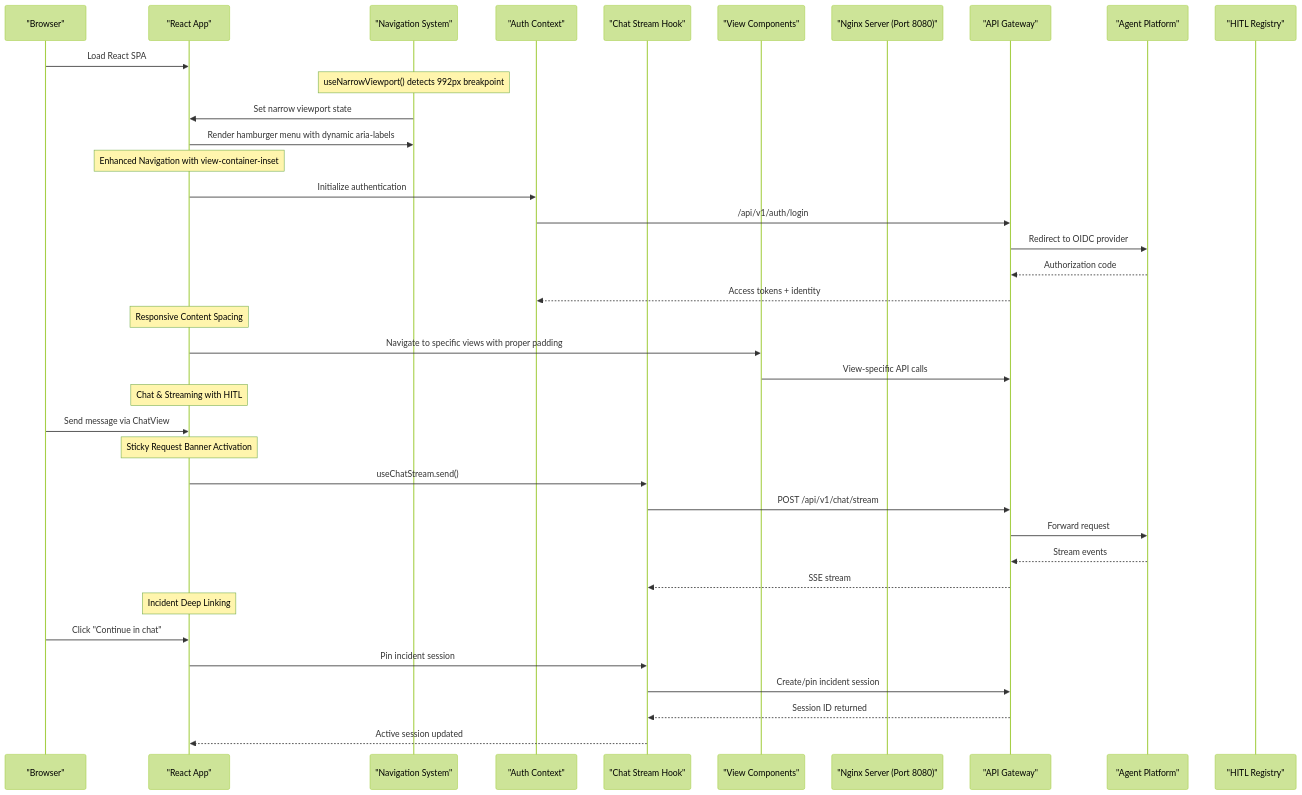
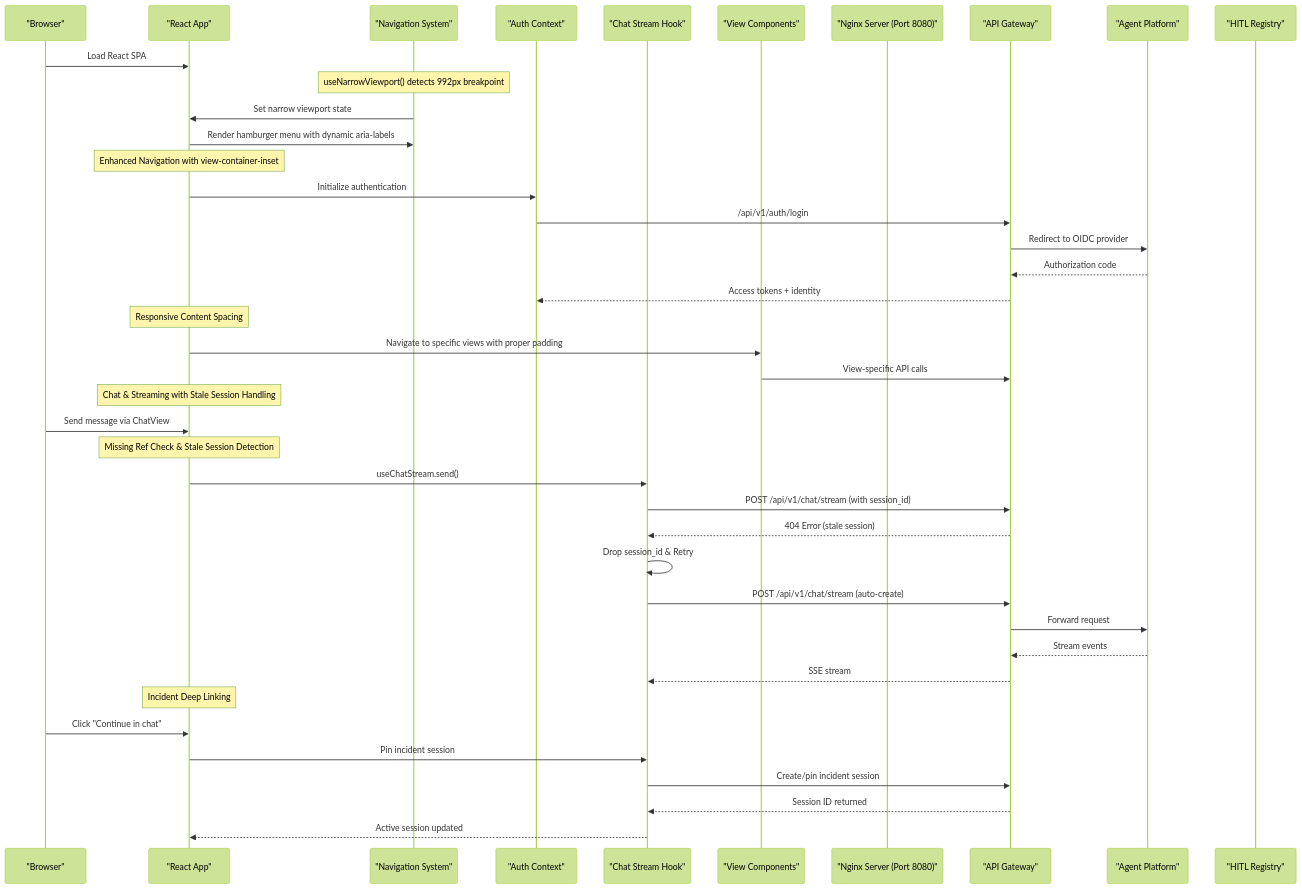
The second of 2 diagrams in .qoder/repowiki/en/content/Operator Portal.md (metasync/luban-aiops), drawn with Mermaid (forest theme) before and after one commit. The commit also changed other lines of this file and 4 other files, not shown here.

````diff
--- a/.qoder/repowiki/en/content/Operator Portal.md
+++ b/.qoder/repowiki/en/content/Operator Portal.md
@@ -209,40 +218,43 @@
 ```mermaid
 sequenceDiagram
 participant User as "Browser"
 participant React as "React App"
 participant Nav as "Navigation System"
 participant Auth as "Auth Context"
 participant Stream as "Chat Stream Hook"
 participant Views as "View Components"
 participant Nginx as "Nginx Server (Port 8080)"
 participant Gateway as "API Gateway"
 participant Agent as "Agent Platform"
 participant HITL as "HITL Registry"
 User->>React : Load React SPA
 Note over Nav : useNarrowViewport() detects 992px breakpoint
 Nav->>React : Set narrow viewport state
 React->>Nav : Render hamburger menu with dynamic aria-labels
 Note over React : Enhanced Navigation with view-container-inset
 React->>Auth : Initialize authentication
 Auth->>Gateway : /api/v1/auth/login
 Gateway->>Agent : Redirect to OIDC provider
 Agent-->>Gateway : Authorization code
 Gateway-->>Auth : Access tokens + identity
 Note over React : Responsive Content Spacing
 React->>Views : Navigate to specific views with proper padding
 Views->>Gateway : View-specific API calls
-Note over React : Chat & Streaming with HITL
+Note over React : Chat & Streaming with Stale Session Handling
 User->>React : Send message via ChatView
-Note over React : Sticky Request Banner Activation
+Note over React : Missing Ref Check & Stale Session Detection
 React->>Stream : useChatStream.send()
-Stream->>Gateway : POST /api/v1/chat/stream
+Stream->>Gateway : POST /api/v1/chat/stream (with session_id)
+Gateway-->>Stream : 404 Error (stale session)
+Stream->>Stream : Drop session_id & Retry
+Stream->>Gateway : POST /api/v1/chat/stream (auto-create)
 Gateway->>Agent : Forward request
 Agent-->>Gateway : Stream events
 Gateway-->>Stream : SSE stream
 Note over React : Incident Deep Linking
 User->>React : Click "Continue in chat"
 React->>Stream : Pin incident session
 Stream->>Gateway : Create/pin incident session
 Gateway-->>Stream : Session ID returned
 Stream-->>React : Active session updated
 ```
````
